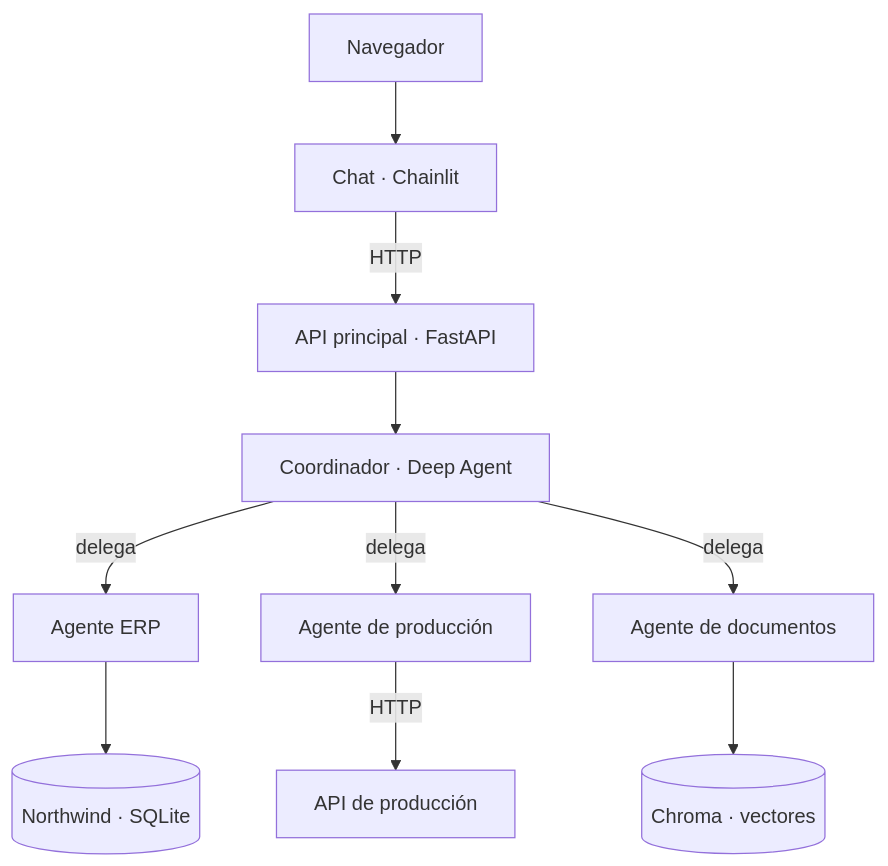
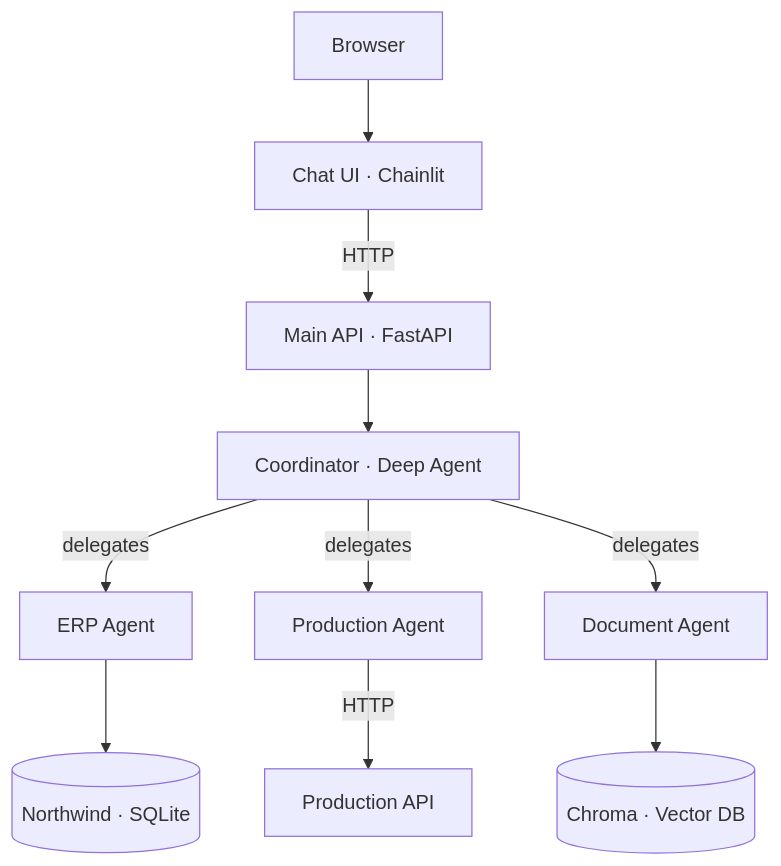
The diagram in README.md (alexey-omelchuk/multi-agent-erp-rag-business-assistant), drawn with Mermaid before and after one commit. The commit also changed other lines of this file, not shown here.

````diff
--- a/README.md
+++ b/README.md
@@ -104,12 +104,12 @@
 ```mermaid
 flowchart TD
-    U[Navegador] --> UI[Chat · Chainlit]
-    UI -->|HTTP| API[API principal · FastAPI]
-    API --> C[Coordinador · Deep Agent]
-    C -->|delega| E[Agente ERP]
-    C -->|delega| P[Agente de producción]
-    C -->|delega| D[Agente de documentos]
+    U[Browser] --> UI[Chat UI · Chainlit]
+    UI -->|HTTP| API[Main API · FastAPI]
+    API --> C[Coordinator · Deep Agent]
+    C -->|delegates| E[ERP Agent]
+    C -->|delegates| P[Production Agent]
+    C -->|delegates| D[Document Agent]
     E --> ERP[(Northwind · SQLite)]
-    P -->|HTTP| PROD[API de producción]
-    D --> VEC[(Chroma · vectores)]
+    P -->|HTTP| PROD[Production API]
+    D --> VEC[(Chroma · Vector DB)]
 ```
````
